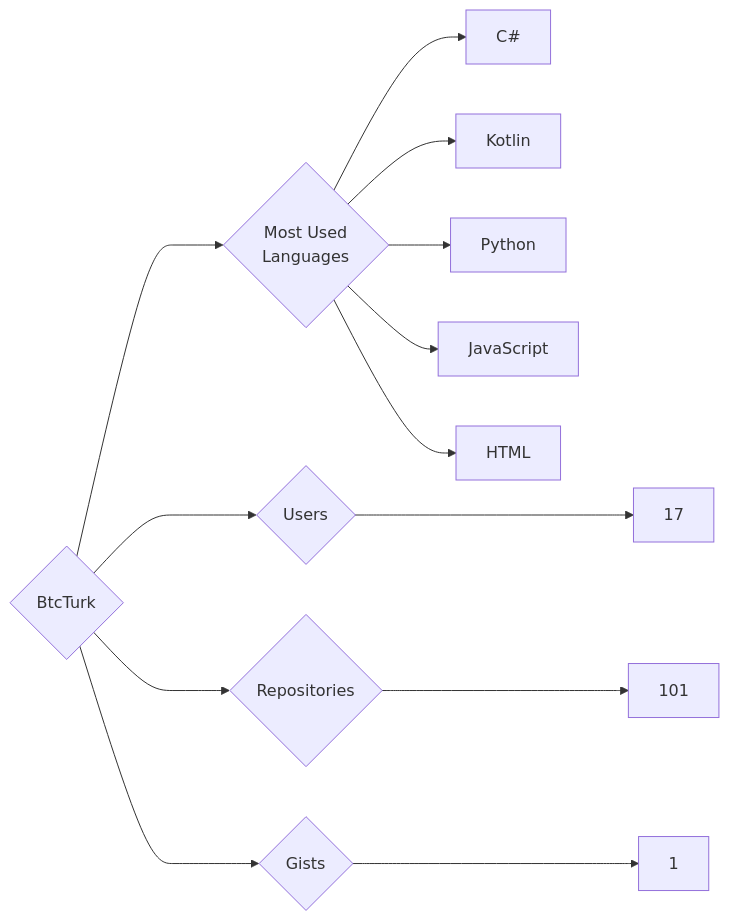
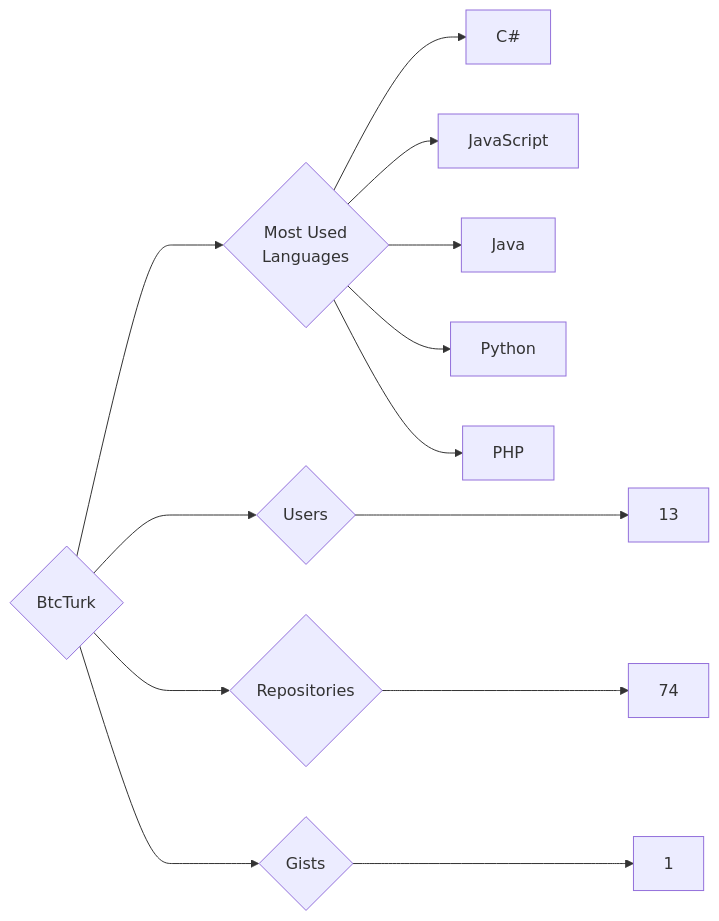
Before and after one commit to trickest/insiders: the diagram in targets/BtcTurk/README.md, drawn with Mermaid. The commit also changed 723 other files, not shown here.

````diff
--- a/targets/BtcTurk/README.md
+++ b/targets/BtcTurk/README.md
@@ -3,13 +3,13 @@
 ```mermaid
 graph LR
 COMPANY_NAME{BtcTurk}
-COMPANY_NAME ---> U{Users} ---> UN[17]
-COMPANY_NAME ---> R{Repositories} ---> RN[101]
+COMPANY_NAME ---> U{Users} ---> UN[13]
+COMPANY_NAME ---> R{Repositories} ---> RN[74]
 COMPANY_NAME ---> G{Gists} ---> GN[1]
 COMPANY_NAME ---> ML{Most Used<br>Languages}
 ML --> C#[C#]
-ML --> Kotlin[Kotlin]
+ML --> JavaScript[JavaScript]
+ML --> Java[Java]
 ML --> Python[Python]
-ML --> JavaScript[JavaScript]
-ML --> HTML[HTML]
+ML --> PHP[PHP]
 ```
````
